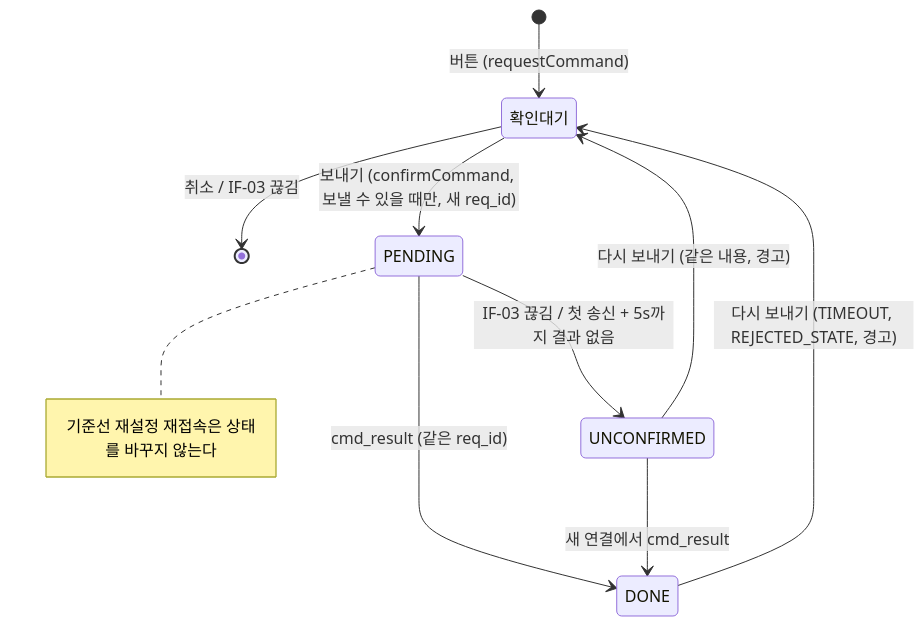
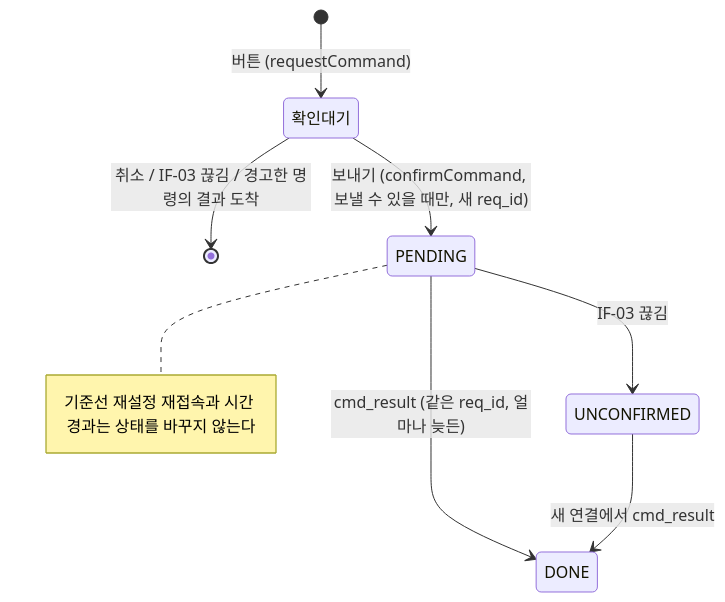
One commit to PuniPaw/ugv-control-hmi changed the seventh of 7 diagrams in docs/03_SDD.md. Above: the diagram before and after it, drawn with Mermaid. The commit also changed other lines of this file and 2 other files, not shown here.

First line of the commit message:
docs: SDD v0.4.2, STP v0.19, GLOSSARY 결과 미확인 (PR #35 2차 리뷰) [REQ-CMD-001]

````diff
--- a/docs/03_SDD.md
+++ b/docs/03_SDD.md
@@ -323,12 +324,10 @@
 ```mermaid
 stateDiagram-v2
     [*] --> 확인대기: 버튼 (requestCommand)
-    확인대기 --> [*]: 취소 / IF-03 끊김
+    확인대기 --> [*]: 취소 / IF-03 끊김 / 경고한 명령의 결과 도착
     확인대기 --> PENDING: 보내기 (confirmCommand, 보낼 수 있을 때만, 새 req_id)
-    PENDING --> DONE: cmd_result (같은 req_id)
-    PENDING --> UNCONFIRMED: IF-03 끊김 / 첫 송신 + 5s까지 결과 없음
-    note right of PENDING: 기준선 재설정 재접속은 상태를 바꾸지 않는다
+    PENDING --> DONE: cmd_result (같은 req_id, 얼마나 늦든)
+    PENDING --> UNCONFIRMED: IF-03 끊김
+    note right of PENDING: 기준선 재설정 재접속과 시간 경과는 상태를 바꾸지 않는다
     UNCONFIRMED --> DONE: 새 연결에서 cmd_result
-    UNCONFIRMED --> 확인대기: 다시 보내기 (같은 내용, 경고)
-    DONE --> 확인대기: 다시 보내기 (TIMEOUT, REJECTED_STATE, 경고)
 ```
````
